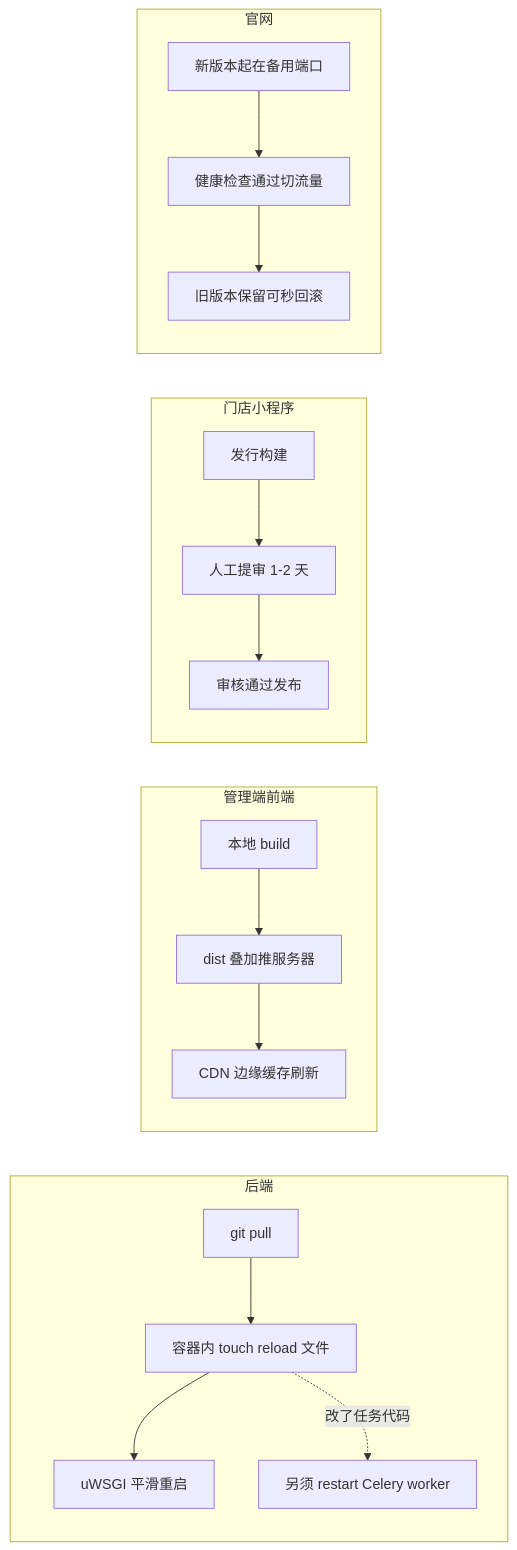
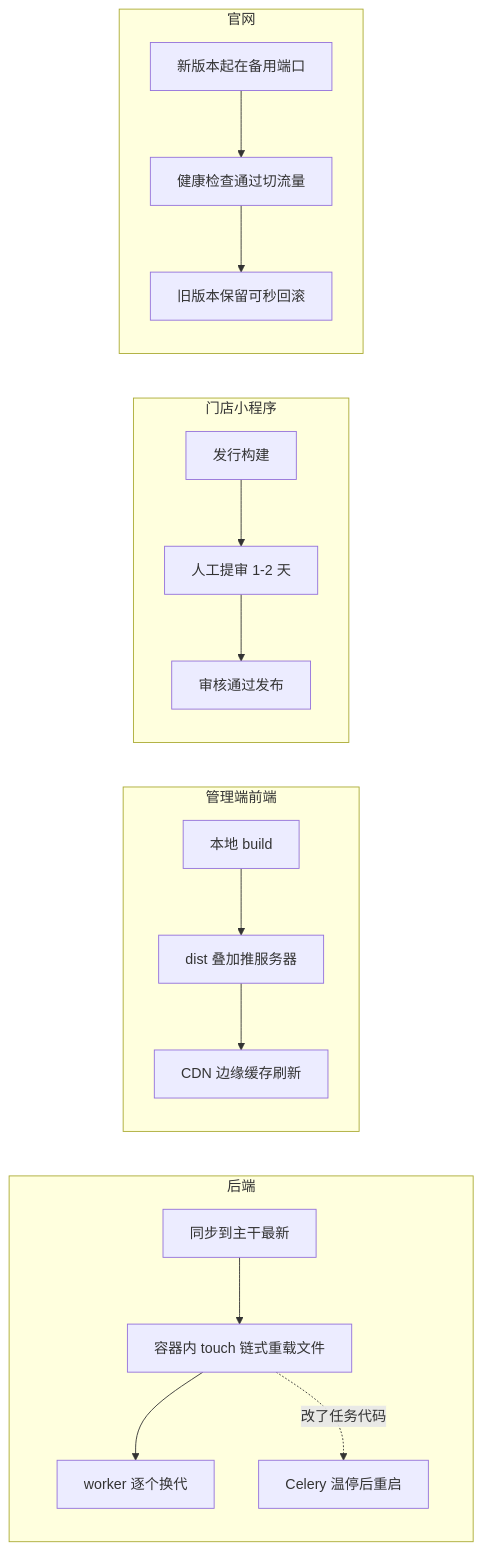
One commit to lofty14/restaurant-digitalization-blueprint changed the first of 2 diagrams in 01-architecture/deployment.md. Above: the diagram before and after it, drawn with Mermaid. The commit also changed other lines of this file and 33 other files, not shown here.

````diff
--- a/01-architecture/deployment.md
+++ b/01-architecture/deployment.md
@@ -18,16 +17,16 @@
 ```mermaid
 flowchart LR
     subgraph 后端
-        A1[git pull] --> A2[容器内 touch reload 文件] --> A3[uWSGI 平滑重启]
-        A2 -.改了任务代码.-> A4[另须 restart Celery worker]
+        A1[同步到主干最新] --> A2[容器内 touch 链式重载文件] --> A3[worker 逐个换代]
+        A2 -.改了任务代码.-> A4[Celery 温停后重启]
     end
     subgraph 管理端前端
         B1[本地 build] --> B2[dist 叠加推服务器] --> B3[CDN 边缘缓存刷新]
     end
     subgraph 门店小程序
         C1[发行构建] --> C2[人工提审 1-2 天] --> C3[审核通过发布]
     end
     subgraph 官网
         D1[新版本起在备用端口] --> D2[健康检查通过切流量] --> D3[旧版本保留可秒回滚]
     end
 ```
````
